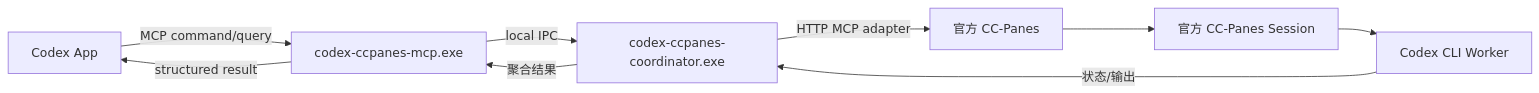
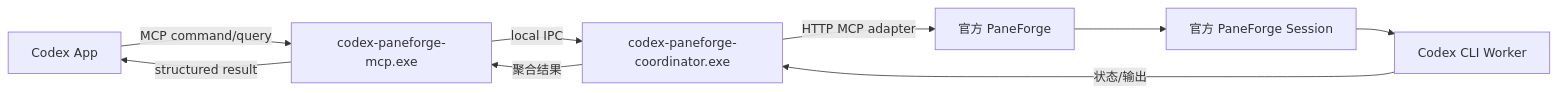
Before and after one commit to lihuabin1516-design/codex-desktop-companion-public: the second of 2 diagrams in docs/ARCHITECTURE.md, drawn with Mermaid. The commit also changed other lines of this file and 89 other files, not shown here.

````diff
--- a/docs/ARCHITECTURE.md
+++ b/docs/ARCHITECTURE.md
@@ -39,11 +39,11 @@
 ```mermaid
 flowchart LR
-    A["Codex App"] -->|"MCP command/query"| M["codex-ccpanes-mcp.exe"]
-    M -->|"local IPC"| C["codex-ccpanes-coordinator.exe"]
-    C -->|"HTTP MCP adapter"| P["官方 CC-Panes"]
-    P --> S["官方 CC-Panes Session"]
+    A["Codex App"] -->|"MCP command/query"| M["codex-paneforge-mcp.exe"]
+    M -->|"local IPC"| C["codex-paneforge-coordinator.exe"]
+    C -->|"HTTP MCP adapter"| P["官方 PaneForge"]
+    P --> S["官方 PaneForge Session"]
     S --> W["Codex CLI Worker"]
     W -->|"状态/输出"| C
     C -->|"聚合结果"| M
     M -->|"structured result"| A
 ```
````
